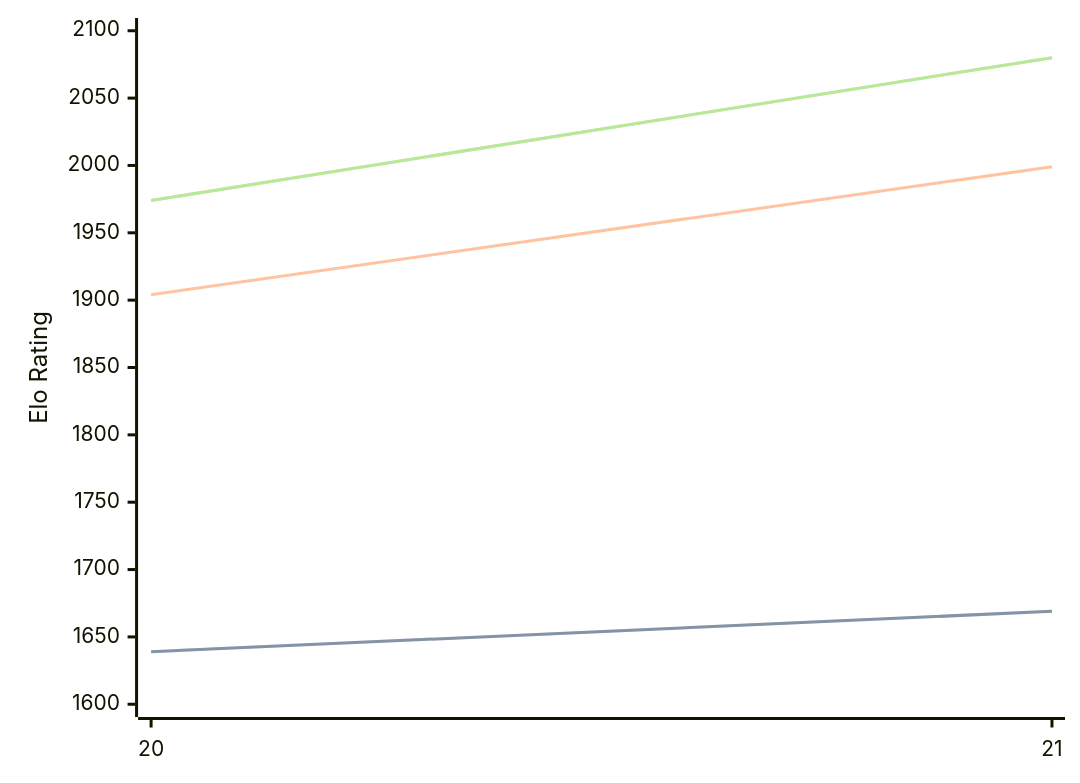
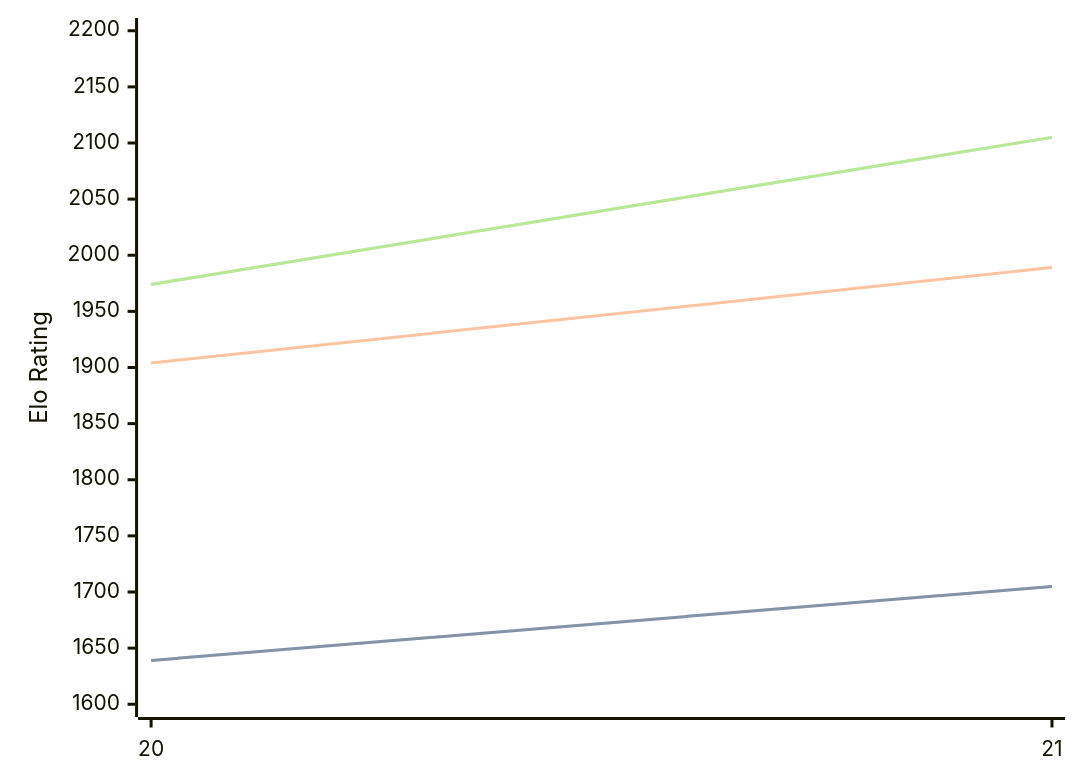
The third of 3 diagrams in engines/PurplePanda.md (computer-chess-index/cci), drawn with Mermaid before and after one commit. The commit also changed other lines of this file, not shown here.

Commit message:
Update CCI Ratings (ELO VLTC) - 2026-07-15

````diff
--- a/engines/PurplePanda.md
+++ b/engines/PurplePanda.md
@@ -73,11 +73,11 @@
 ```mermaid
 %%{init: {"theme":"base","themeVariables":{"seriesColors:['#a3a3a3','#222221','#faa371']}}}%%
 xychart-beta
   x-axis ["20", "21"]
-  y-axis "Elo Rating" 1600 --> 2100
-  line "STC (8.0+0.08s)" [1639, 1669]
-  line "STC (8.0+0.08s)" [1639, 1669]
-  line "LTC (60.0+0.60s)" [1904, 1999]
-  line "VLTC (2m24s+1.12s)" [1974, 2080]
-  line "VLTC (2m24s+1.12s)" [1974, 2080]
+  y-axis "Elo Rating" 1600 --> 2200
+  line "STC (8.0+0.08s)" [1639, 1705]
+  line "STC (8.0+0.08s)" [1639, 1705]
+  line "LTC (60.0+0.60s)" [1904, 1989]
+  line "VLTC (2m24s+1.12s)" [1974, 2105]
+  line "VLTC (2m24s+1.12s)" [1974, 2105]
 ```
````
